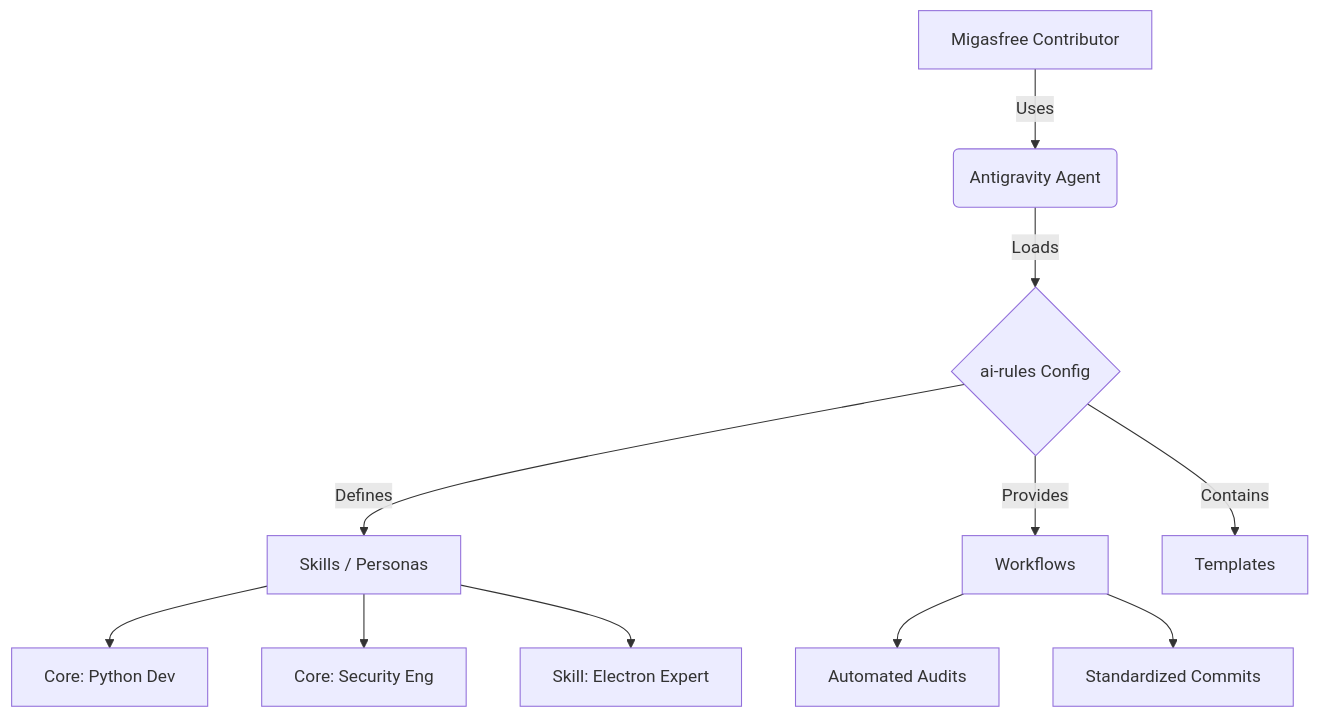
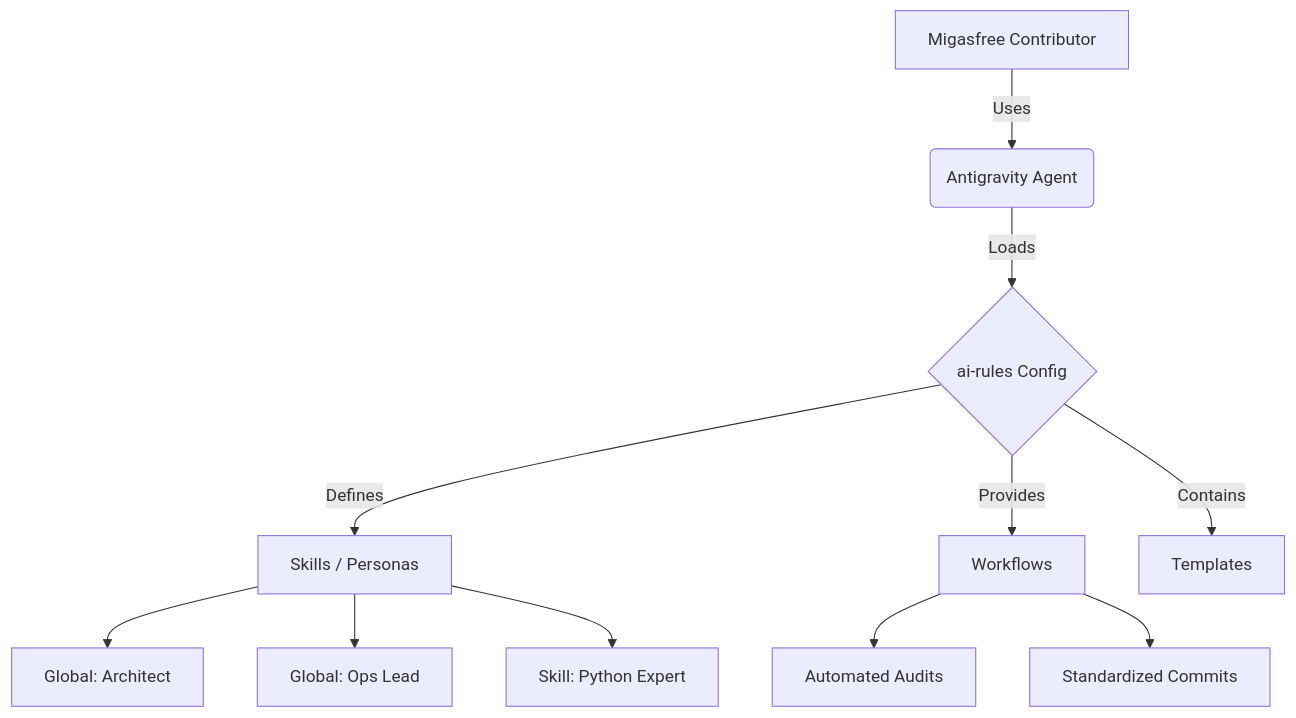
The diagram in README.md (migasfree/ai-rules), drawn with Mermaid before and after one commit. The commit also changed 5 other files, not shown here.

````diff
--- a/README.md
+++ b/README.md
@@ -119,15 +119,15 @@
 ```mermaid
 graph TD
     A[Migasfree Contributor] -->|Uses| B(Antigravity Agent)
     B -->|Loads| C{ai-rules Config}
     C -->|Defines| D[Skills / Personas]
     C -->|Provides| E[Workflows]
     C -->|Contains| F[Templates]
     
-    D --> G[Core: Python Dev]
-    D --> H[Core: Security Eng]
-    D --> I[Skill: Electron Expert]
+    D --> G[Global: Architect]
+    D --> H[Global: Ops Lead]
+    D --> I[Skill: Python Expert]
     
     E --> J[Automated Audits]
     E --> K[Standardized Commits]
 ```
````
